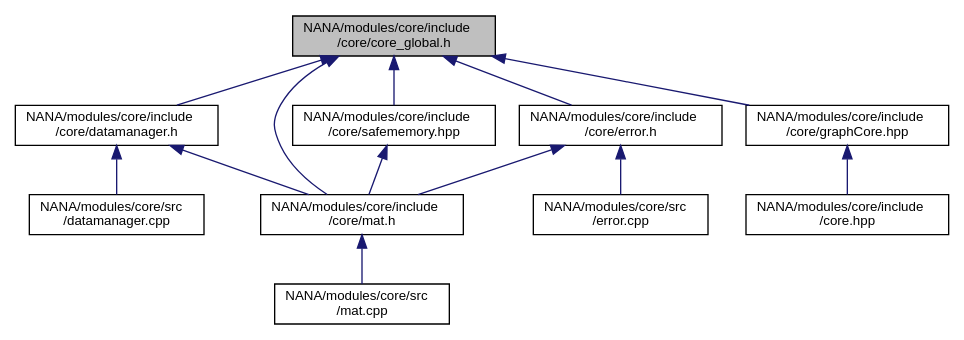
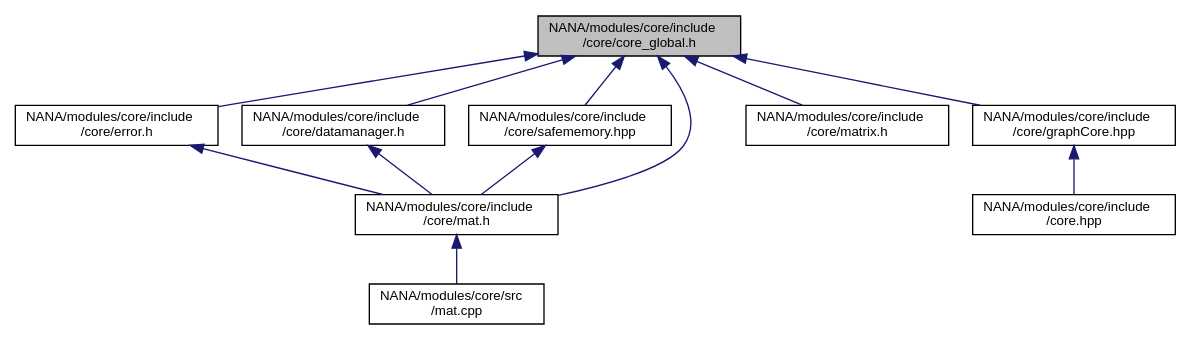
Before and after one commit to YuruTu/NANA: the diagram in docs/modules_2core_2include_2core_2core__global_8h__dep__incl.dot, drawn with Graphviz. The commit also changed 117 other files, not shown here.

```diff
--- a/docs/modules_2core_2include_2core_2core__global_8h__dep__incl.dot
+++ b/docs/modules_2core_2include_2core_2core__global_8h__dep__incl.dot
@@ -1,28 +1,26 @@
 digraph "NANA/modules/core/include/core/core_global.h"
 {
  // LATEX_PDF_SIZE
   edge [fontname="Helvetica",fontsize="10",labelfontname="Helvetica",labelfontsize="10"];
   node [fontname="Helvetica",fontsize="10",shape=record];
   Node1 [label="NANA/modules/core/include\l/core/core_global.h",height=0.2,width=0.4,color="black", fillcolor="grey75", style="filled", fontcolor="black",tooltip="全局头文件"];
   Node1 -> Node2 [dir="back",color="midnightblue",fontsize="10",style="solid",fontname="Helvetica"];
   Node2 [label="NANA/modules/core/include\l/core/datamanager.h",height=0.2,width=0.4,color="black", fillcolor="white", style="filled",URL="$modules_2core_2include_2core_2datamanager_8h.html",tooltip="实现一个数据管理器"];
   Node2 -> Node3 [dir="back",color="midnightblue",fontsize="10",style="solid",fontname="Helvetica"];
   Node3 [label="NANA/modules/core/include\l/core/mat.h",height=0.2,width=0.4,color="black", fillcolor="white", style="filled",URL="$modules_2core_2include_2core_2mat_8h.html",tooltip="实现一个用于矩阵运算的模板类(仍在实现当中)"];
   Node3 -> Node4 [dir="back",color="midnightblue",fontsize="10",style="solid",fontname="Helvetica"];
   Node4 [label="NANA/modules/core/src\l/mat.cpp",height=0.2,width=0.4,color="black", fillcolor="white", style="filled",URL="$mat_8cpp.html",tooltip="实现Mat的相关功能"];
-  Node2 -> Node5 [dir="back",color="midnightblue",fontsize="10",style="solid",fontname="Helvetica"];
-  Node5 [label="NANA/modules/core/src\l/datamanager.cpp",height=0.2,width=0.4,color="black", fillcolor="white", style="filled",URL="$datamanager_8cpp_source.html",tooltip=" "];
+  Node1 -> Node5 [dir="back",color="midnightblue",fontsize="10",style="solid",fontname="Helvetica"];
+  Node5 [label="NANA/modules/core/include\l/core/error.h",height=0.2,width=0.4,color="black", fillcolor="white", style="filled",URL="$modules_2core_2include_2core_2error_8h.html",tooltip="用于抛出异常"];
+  Node5 -> Node3 [dir="back",color="midnightblue",fontsize="10",style="solid",fontname="Helvetica"];
   Node1 -> Node6 [dir="back",color="midnightblue",fontsize="10",style="solid",fontname="Helvetica"];
-  Node6 [label="NANA/modules/core/include\l/core/error.h",height=0.2,width=0.4,color="black", fillcolor="white", style="filled",URL="$modules_2core_2include_2core_2error_8h.html",tooltip="用于抛出异常"];
-  Node6 -> Node3 [dir="back",color="midnightblue",fontsize="10",style="solid",fontname="Helvetica"];
+  Node6 [label="NANA/modules/core/include\l/core/graphCore.hpp",height=0.2,width=0.4,color="black", fillcolor="white", style="filled",URL="$modules_2core_2include_2core_2graph_core_8hpp.html",tooltip="为图论算法实现的基本数据结构"];
   Node6 -> Node7 [dir="back",color="midnightblue",fontsize="10",style="solid",fontname="Helvetica"];
-  Node7 [label="NANA/modules/core/src\l/error.cpp",height=0.2,width=0.4,color="black", fillcolor="white", style="filled",URL="$error_8cpp_source.html",tooltip=" "];
+  Node7 [label="NANA/modules/core/include\l/core.hpp",height=0.2,width=0.4,color="black", fillcolor="white", style="filled",URL="$modules_2core_2include_2core_8hpp.html",tooltip="包含基本的数据结构等"];
+  Node1 -> Node3 [dir="back",color="midnightblue",fontsize="10",style="solid",fontname="Helvetica"];
   Node1 -> Node8 [dir="back",color="midnightblue",fontsize="10",style="solid",fontname="Helvetica"];
-  Node8 [label="NANA/modules/core/include\l/core/graphCore.hpp",height=0.2,width=0.4,color="black", fillcolor="white", style="filled",URL="$modules_2core_2include_2core_2graph_core_8hpp.html",tooltip="为图论算法实现的基本数据结构"];
-  Node8 -> Node9 [dir="back",color="midnightblue",fontsize="10",style="solid",fontname="Helvetica"];
-  Node9 [label="NANA/modules/core/include\l/core.hpp",height=0.2,width=0.4,color="black", fillcolor="white", style="filled",URL="$modules_2core_2include_2core_8hpp.html",tooltip="包含基本的数据结构等"];
-  Node1 -> Node3 [dir="back",color="midnightblue",fontsize="10",style="solid",fontname="Helvetica"];
-  Node1 -> Node10 [dir="back",color="midnightblue",fontsize="10",style="solid",fontname="Helvetica"];
-  Node10 [label="NANA/modules/core/include\l/core/safememory.hpp",height=0.2,width=0.4,color="black", fillcolor="white", style="filled",URL="$modules_2core_2include_2core_2safememory_8hpp.html",tooltip="实现安全的内存管理"];
-  Node10 -> Node3 [dir="back",color="midnightblue",fontsize="10",style="solid",fontname="Helvetica"];
+  Node8 [label="NANA/modules/core/include\l/core/matrix.h",height=0.2,width=0.4,color="black", fillcolor="white", style="filled",URL="$modules_2core_2include_2core_2matrix_8h.html",tooltip="简单矩阵类(效率不高，但易于理解，很多时候会触发复制构造函数)，不同于Mat"];
+  Node1 -> Node9 [dir="back",color="midnightblue",fontsize="10",style="solid",fontname="Helvetica"];
+  Node9 [label="NANA/modules/core/include\l/core/safememory.hpp",height=0.2,width=0.4,color="black", fillcolor="white", style="filled",URL="$modules_2core_2include_2core_2safememory_8hpp.html",tooltip="实现安全的内存管理"];
+  Node9 -> Node3 [dir="back",color="midnightblue",fontsize="10",style="solid",fontname="Helvetica"];
 }
```
